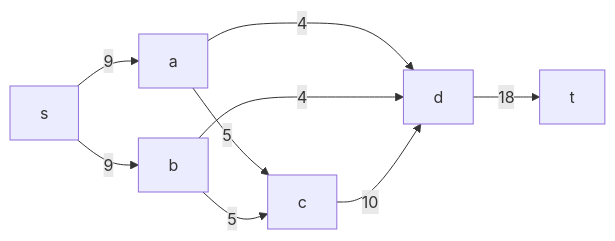
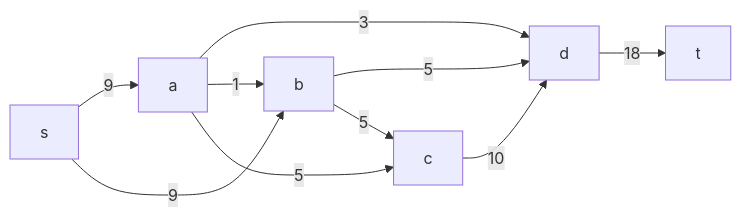
Diagram 18 of 19 in task_15/kotyatki_15_task.md (HSE-algo-23-owl/manual_tasks), drawn with Mermaid before and after one commit. The commit also changed other lines of this file, not shown here.

````diff
--- a/task_15/kotyatki_15_task.md
+++ b/task_15/kotyatki_15_task.md
@@ -301,11 +385,12 @@
 ```mermaid
 graph LR
     s-->|9|a
     s-->|9|b
-    a-->|4|d
+    a-->|3|d
+    a-->|1|b
     a-->|5|c
-    b-->|4|d
+    b-->|5|d
     b-->|5|c
     c-->|10|d
     d-->|18|t
 ```
````
